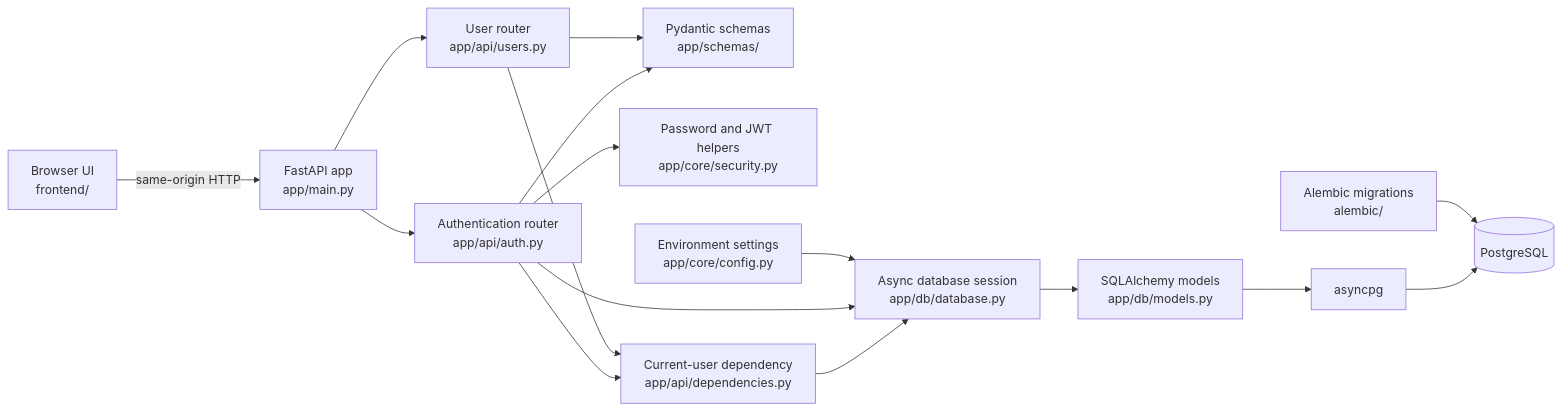
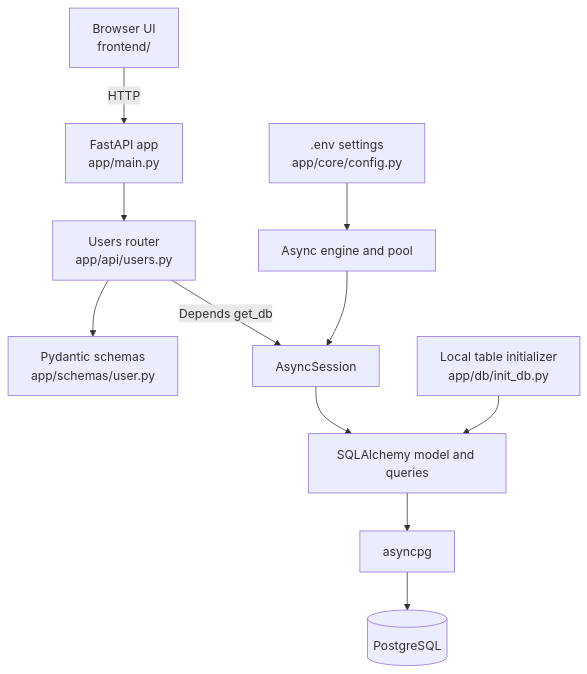
The diagram in README.md (singhdeepesh20/Niramaya-AI), drawn with Mermaid before and after one commit. The commit also changed other lines of this file and 20 other files, not shown here.

````diff
--- a/README.md
+++ b/README.md
@@ -47,18 +21,13 @@
 ```mermaid
-flowchart LR
-    Browser[Browser UI<br/>frontend/] -->|same-origin HTTP| FastAPI[FastAPI app<br/>app/main.py]
-    FastAPI --> Auth[Authentication router<br/>app/api/auth.py]
-    FastAPI --> Users[User router<br/>app/api/users.py]
-    Auth --> Schemas[Pydantic schemas<br/>app/schemas/]
-    Users --> Schemas
-    Auth --> Security[Password and JWT helpers<br/>app/core/security.py]
-    Auth --> Identity[Current-user dependency<br/>app/api/dependencies.py]
-    Users --> Identity
-    Identity --> Sessions[Async database session<br/>app/db/database.py]
-    Auth --> Sessions
-    Sessions --> Models[SQLAlchemy models<br/>app/db/models.py]
-    Models --> Driver[asyncpg]
-    Driver --> PostgreSQL[(PostgreSQL)]
-    Settings[Environment settings<br/>app/core/config.py] --> Sessions
-    Alembic[Alembic migrations<br/>alembic/] --> PostgreSQL
+flowchart TD
+    Browser[Browser UI<br/>frontend/] -->|HTTP| App[FastAPI app<br/>app/main.py]
+    App --> Router[Users router<br/>app/api/users.py]
+    Router --> Schema[Pydantic schemas<br/>app/schemas/user.py]
+    Router -->|Depends get_db| Session[AsyncSession]
+    Session --> ORM[SQLAlchemy model and queries]
+    ORM --> Driver[asyncpg]
+    Driver --> DB[(PostgreSQL)]
+    Config[.env settings<br/>app/core/config.py] --> Engine[Async engine and pool]
+    Engine --> Session
+    Init[Local table initializer<br/>app/db/init_db.py] --> ORM
 ```
````
